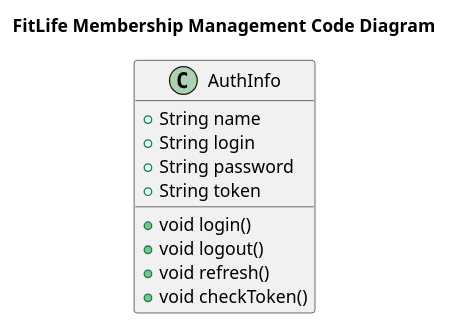
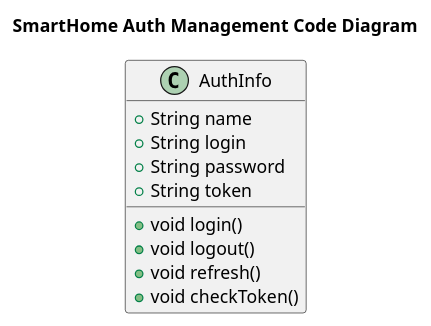
The diagram in diagrams/code/Code-auth.puml (PuryginKE/architecture-warmhouse), drawn with PlantUML before and after one commit. The commit also changed 19 other files, not shown here.

```diff
--- a/diagrams/code/Code-auth.puml
+++ b/diagrams/code/Code-auth.puml
@@ -1,19 +1,19 @@
 @startuml
-title FitLife Membership Management Code Diagram
+title SmartHome Auth Management Code Diagram
 
 top to bottom direction
 
 !includeurl https://raw.githubusercontent.com/RicardoNiepel/C4-PlantUML/master/C4_Component.puml
 
 class AuthInfo {
   +String name
   +String login
   +String password
   +String token
   +void login()
   +void logout()
   +void refresh()
   +void checkToken()
 }
 
 @enduml
```
